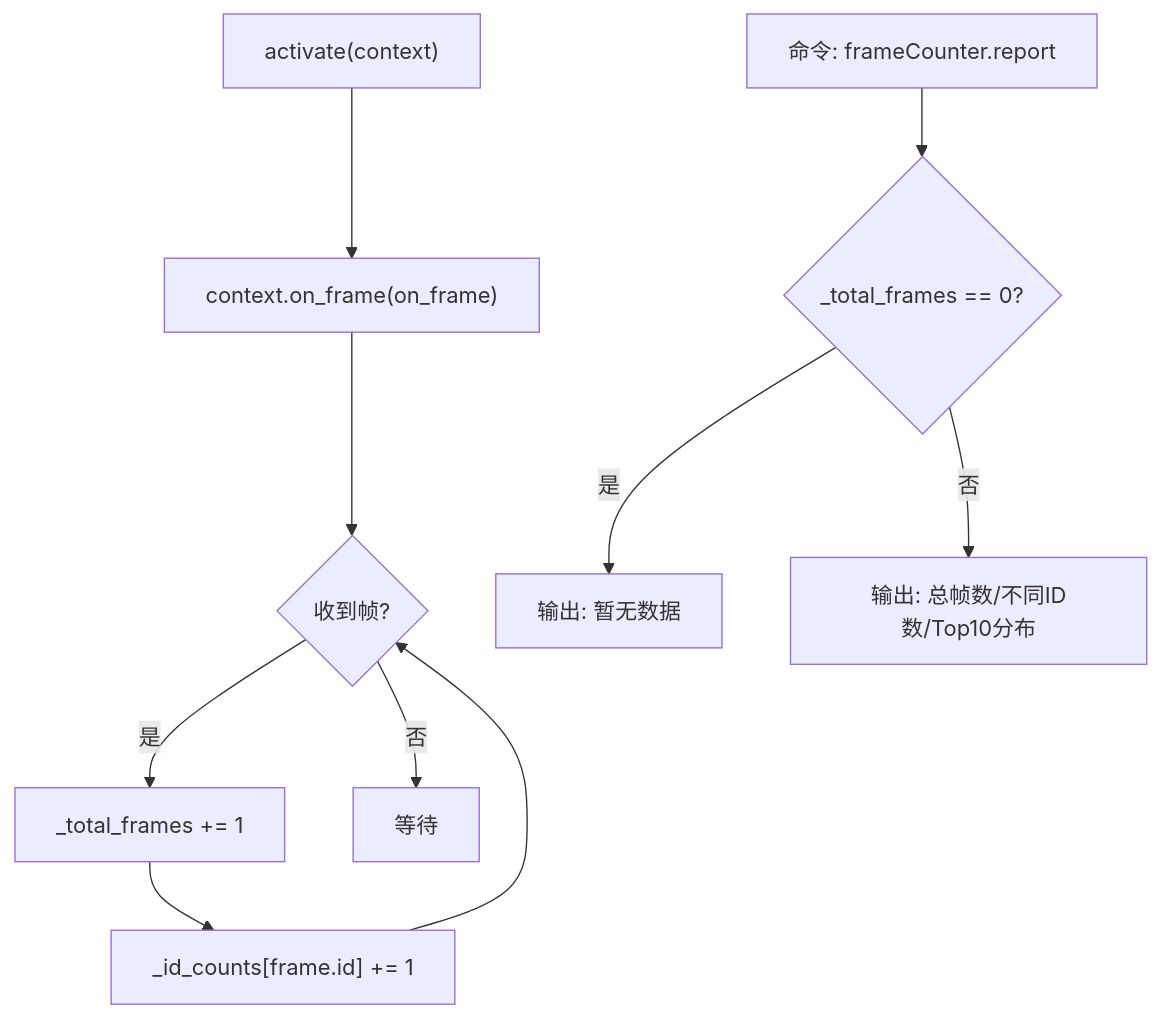
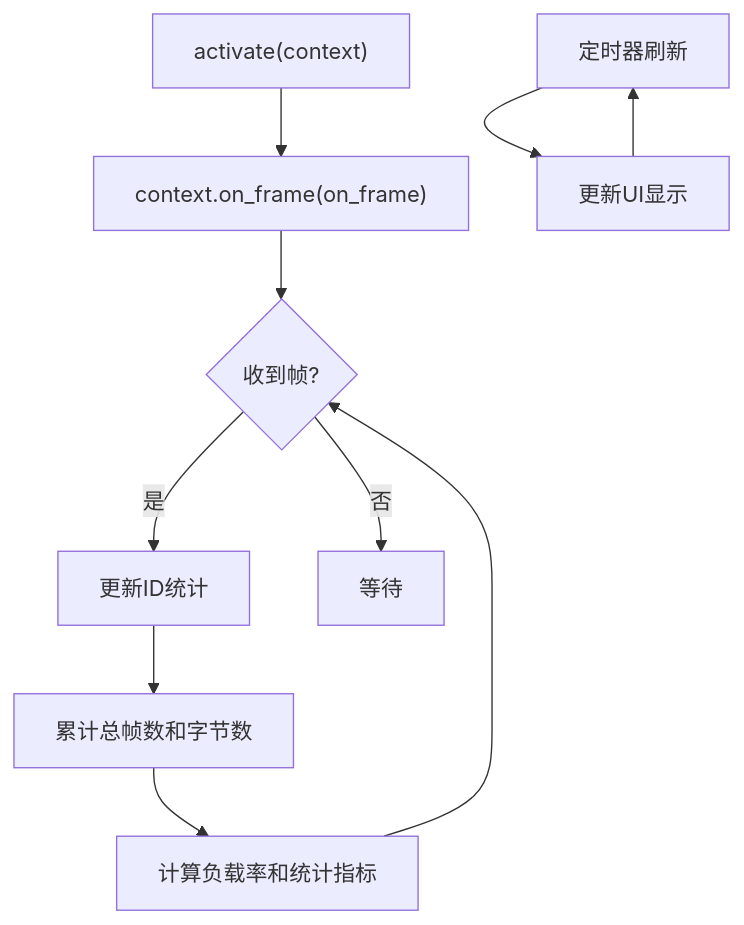
One commit to jakecai1225-design/OpenBus changed the fourth of 9 diagrams in .qoder/repowiki/zh/content/开发指南/示例插件.md. Above: the diagram before and after it, drawn with Mermaid. The commit also changed other lines of this file and 57 other files, not shown here.

````diff
--- a/.qoder/repowiki/zh/content/开发指南/示例插件.md
+++ b/.qoder/repowiki/zh/content/开发指南/示例插件.md
@@ -164,12 +181,12 @@
 ```mermaid
 flowchart TD
 A["activate(context)"] --> B["context.on_frame(on_frame)"]
 B --> C{"收到帧?"}
-C --> |是| D["_total_frames += 1"]
-D --> E["_id_counts[frame.id] += 1"]
-E --> C
-C --> |否| F["等待"]
-G["命令: frameCounter.report"] --> H{"_total_frames == 0?"}
-H --> |是| I["输出: 暂无数据"]
-H --> |否| J["输出: 总帧数/不同ID数/Top10分布"]
+C --> |是| D["更新ID统计"]
+D --> E["累计总帧数和字节数"]
+E --> F["计算负载率和统计指标"]
+F --> C
+C --> |否| G["等待"]
+H["定时器刷新"] --> I["更新UI显示"]
+I --> H
 ```
````
